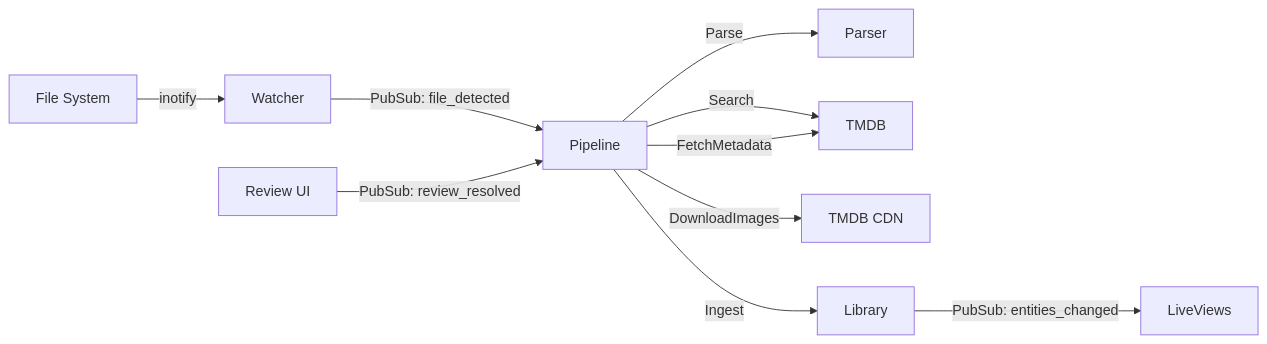
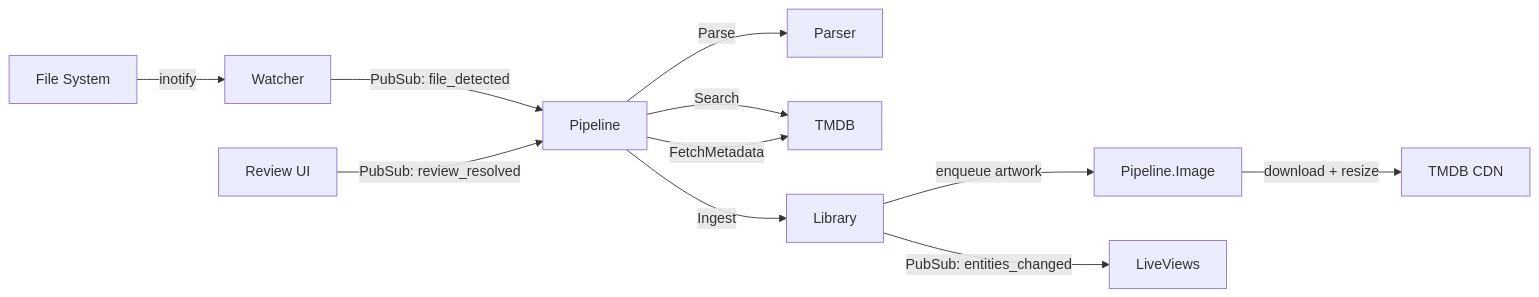
The second of 3 diagrams in docs/architecture.md (media-centaur/media-centaur), drawn with Mermaid before and after one commit. The commit also changed other lines of this file and 7 other files, not shown here.

Commit message:
docs: refresh architecture, subsystem, and image-caching reference docs

````diff
--- a/docs/architecture.md
+++ b/docs/architecture.md
@@ -56,13 +92,14 @@
 ```mermaid
 flowchart LR
     A[File System] -->|inotify| B[Watcher]
     B -->|PubSub: file_detected| C[Pipeline]
     C -->|Parse| D[Parser]
     C -->|Search| E[TMDB]
     C -->|FetchMetadata| E
-    C -->|DownloadImages| F[TMDB CDN]
     C -->|Ingest| G[Library]
+    G -->|enqueue artwork| I[Pipeline.Image]
+    I -->|download + resize| F[TMDB CDN]
     G -->|PubSub: entities_changed| H[LiveViews]
 
     J[Review UI] -->|PubSub: review_resolved| C
 ```
````
